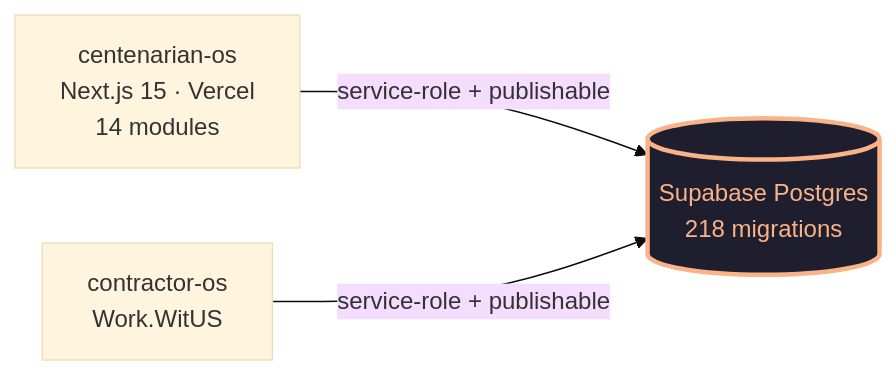
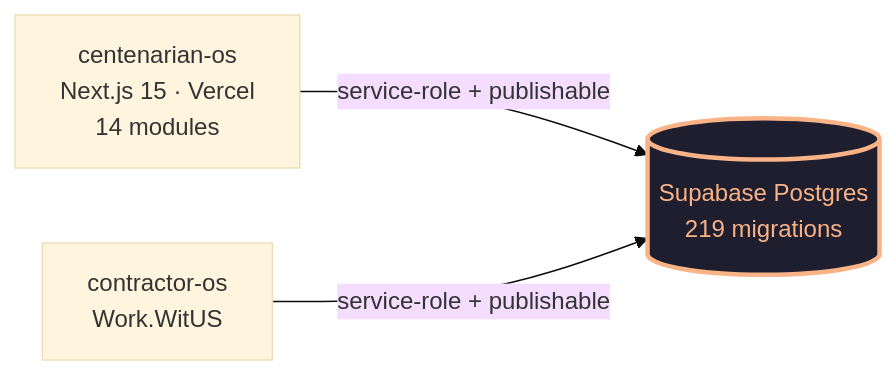
One commit to dapperAuteur/centenarian-os changed the diagram in README.md. Above: the diagram before and after it, drawn with Mermaid (base theme). The commit also changed other lines of this file and 4 other files, not shown here.

````diff
--- a/README.md
+++ b/README.md
@@ -27,12 +27,12 @@
 ```mermaid
 flowchart LR
   classDef shared fill:#1e1e2e,stroke:#fab387,color:#fab387,stroke-width:3px
   classDef external fill:#11111b,stroke:#a6adc8,color:#a6adc8
 
   CentOS[centenarian-os<br/>Next.js 15 · Vercel<br/>14 modules]
   Contractor[contractor-os<br/>Work.WitUS]
-  DB[(Supabase Postgres<br/>218 migrations)]:::shared
+  DB[(Supabase Postgres<br/>219 migrations)]:::shared
 
   CentOS -->|service-role + publishable| DB
   Contractor -->|service-role + publishable| DB
 ```
````
